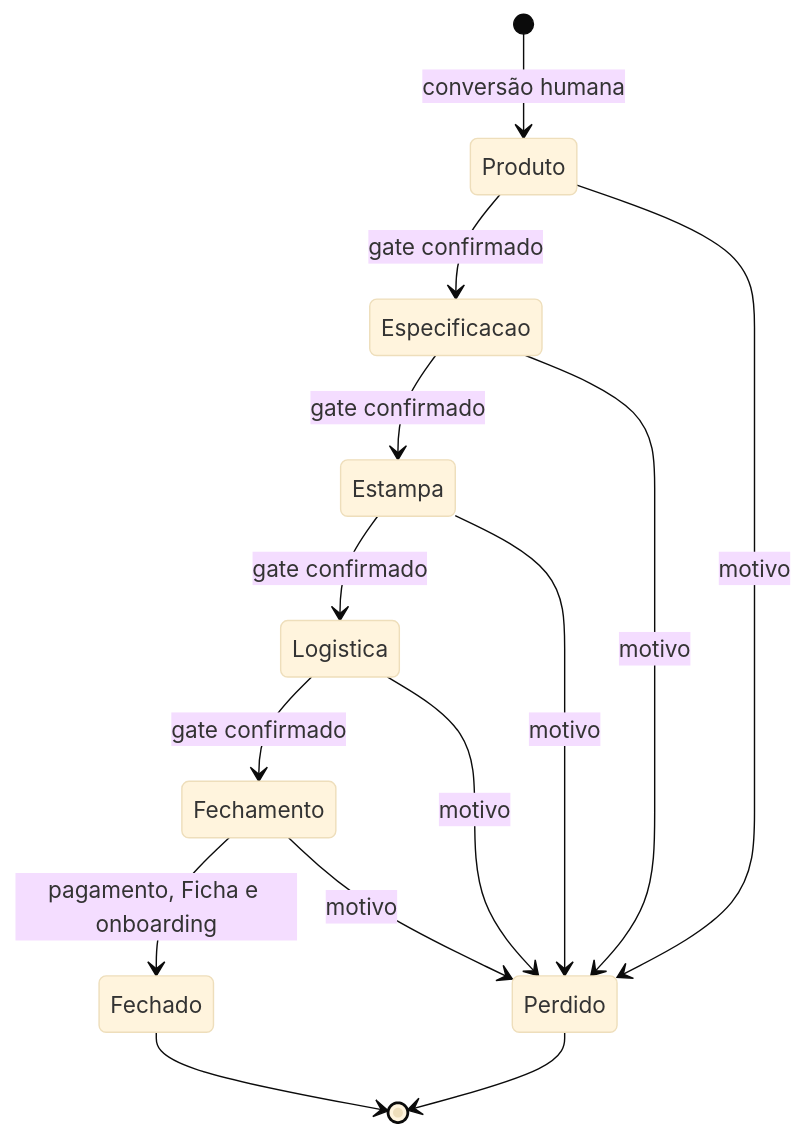
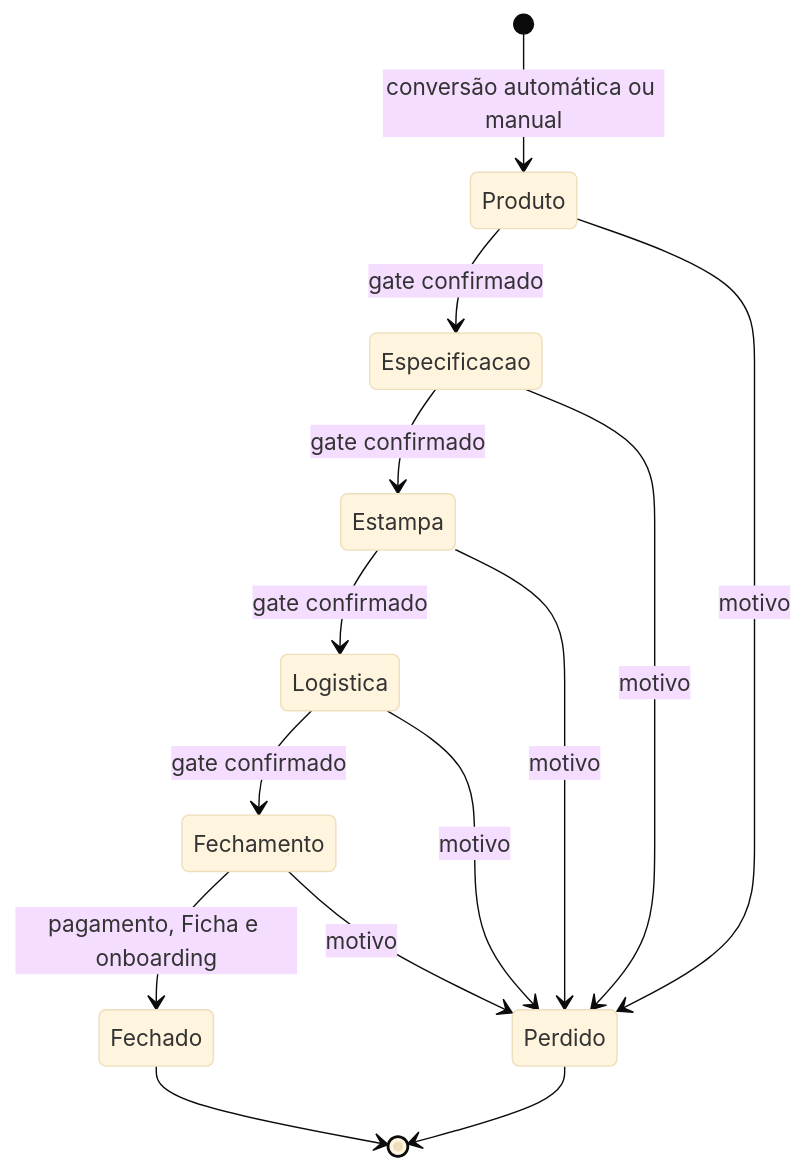
Before and after one commit to romulosutil/crm-silmer: the second of 3 diagrams in TECHNICAL-DESIGN.md, drawn with Mermaid (base theme). The commit also changed other lines of this file and 11 other files, not shown here.

````diff
--- a/TECHNICAL-DESIGN.md
+++ b/TECHNICAL-DESIGN.md
@@ -293,16 +280,16 @@
 ```mermaid
 stateDiagram-v2
-    [*] --> Produto: conversão humana
+    [*] --> Produto: conversão automática ou manual
     Produto --> Especificacao: gate confirmado
     Especificacao --> Estampa: gate confirmado
     Estampa --> Logistica: gate confirmado
     Logistica --> Fechamento: gate confirmado
     Fechamento --> Fechado: pagamento, Ficha e onboarding
     Produto --> Perdido: motivo
     Especificacao --> Perdido: motivo
     Estampa --> Perdido: motivo
     Logistica --> Perdido: motivo
     Fechamento --> Perdido: motivo
     Fechado --> [*]
     Perdido --> [*]
 ```
````
